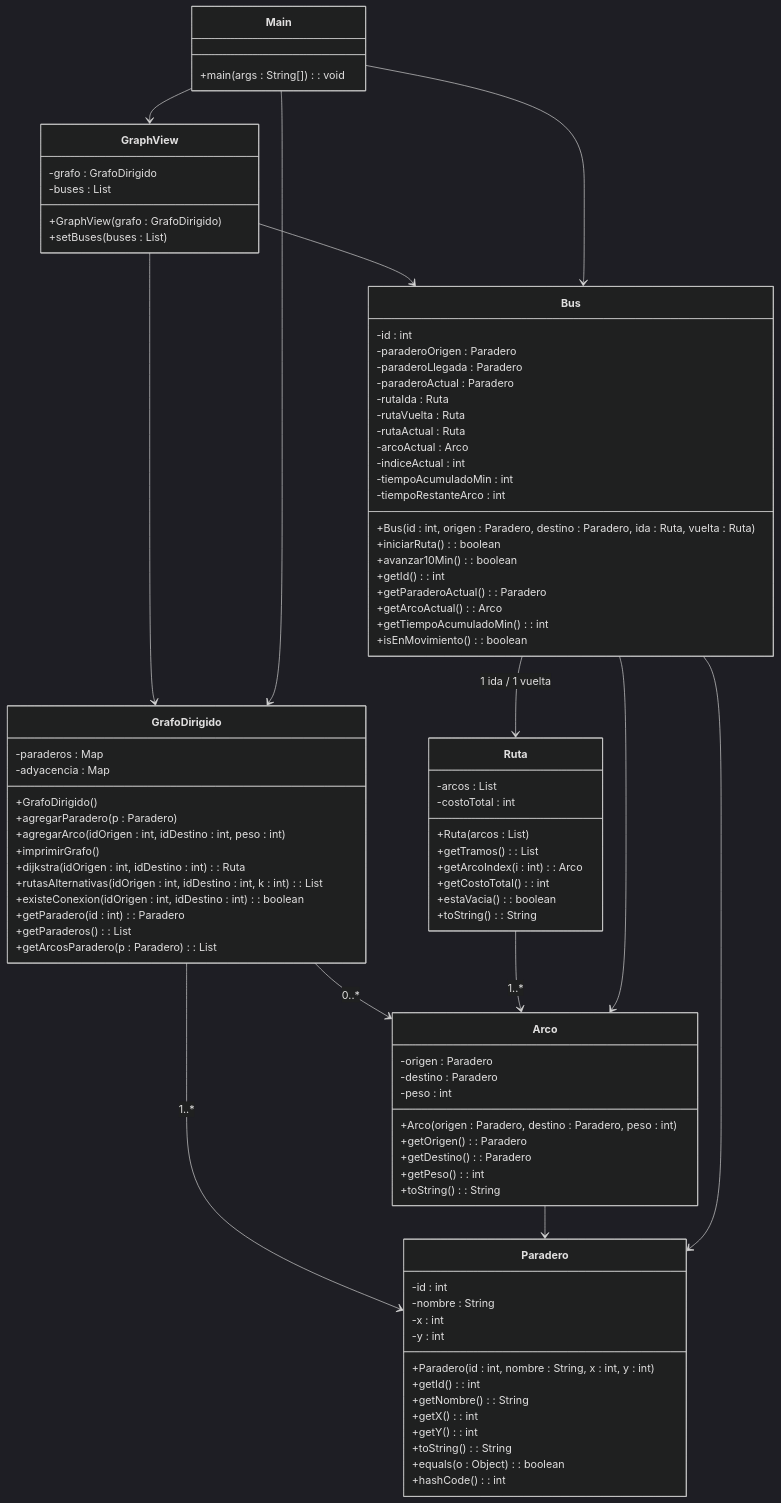
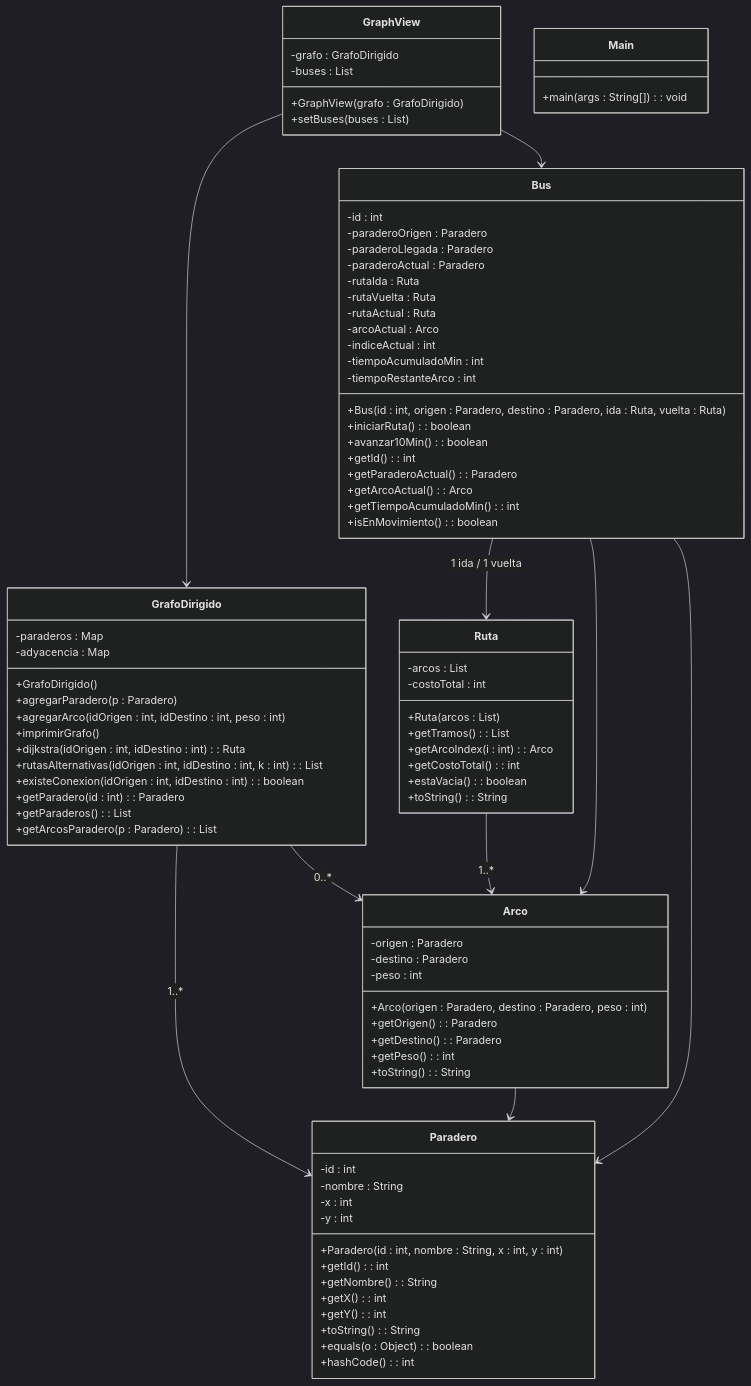
Before and after one commit to juanda542/proyectoAlgoritmo: the diagram in pAlg_2.0/src/palg/Diagrama.mmd, drawn with Mermaid (dark theme).

```diff
--- a/pAlg_2.0/src/palg/Diagrama.mmd
+++ b/pAlg_2.0/src/palg/Diagrama.mmd
@@ -1,99 +1,96 @@
 classDiagram
 
 class Paradero {
   -id : int
   -nombre : String
   -x : int
   -y : int
   +Paradero(id : int, nombre : String, x : int, y : int)
   +getId() : int
   +getNombre() : String
   +getX() : int
   +getY() : int
   +toString() : String
   +equals(o : Object) : boolean
   +hashCode() : int
 }
 
 class Arco {
   -origen : Paradero
   -destino : Paradero
   -peso : int
   +Arco(origen : Paradero, destino : Paradero, peso : int)
   +getOrigen() : Paradero
   +getDestino() : Paradero
   +getPeso() : int
   +toString() : String
 }
 
 class Ruta {
   -arcos : List
   -costoTotal : int
   +Ruta(arcos : List)
   +getTramos() : List
   +getArcoIndex(i : int) : Arco
   +getCostoTotal() : int
   +estaVacia() : boolean
   +toString() : String
 }
 
 class GrafoDirigido {
   -paraderos : Map
   -adyacencia : Map
   +GrafoDirigido()
   +agregarParadero(p : Paradero)
   +agregarArco(idOrigen : int, idDestino : int, peso : int)
   +imprimirGrafo()
   +dijkstra(idOrigen : int, idDestino : int) : Ruta
   +rutasAlternativas(idOrigen : int, idDestino : int, k : int) : List
   +existeConexion(idOrigen : int, idDestino : int) : boolean
   +getParadero(id : int) : Paradero
   +getParaderos() : List
   +getArcosParadero(p : Paradero) : List
 }
 
 class Bus {
   -id : int
   -paraderoOrigen : Paradero
   -paraderoLlegada : Paradero
   -paraderoActual : Paradero
   -rutaIda : Ruta
   -rutaVuelta : Ruta
   -rutaActual : Ruta
   -arcoActual : Arco
   -indiceActual : int
   -tiempoAcumuladoMin : int
   -tiempoRestanteArco : int
   +Bus(id : int, origen : Paradero, destino : Paradero, ida : Ruta, vuelta : Ruta)
   +iniciarRuta() : boolean
   +avanzar10Min() : boolean
   +getId() : int
   +getParaderoActual() : Paradero
   +getArcoActual() : Arco
   +getTiempoAcumuladoMin() : int
   +isEnMovimiento() : boolean
 }
 
 class GraphView {
   -grafo : GrafoDirigido
   -buses : List
   +GraphView(grafo : GrafoDirigido)
   +setBuses(buses : List)
 }
 
 class Main {
   +main(args : String[]) : void
 }
 
 GrafoDirigido --> Paradero: 1..*
 GrafoDirigido --> Arco: 0..*
 Ruta --> Arco: 1..*
 Arco --> Paradero
 Bus --> Ruta: 1 ida / 1 vuelta
 Bus --> Paradero
 Bus --> Arco
 GraphView --> GrafoDirigido
 GraphView --> Bus
-Main --> GrafoDirigido
-Main --> Bus
-Main --> GraphView
```
